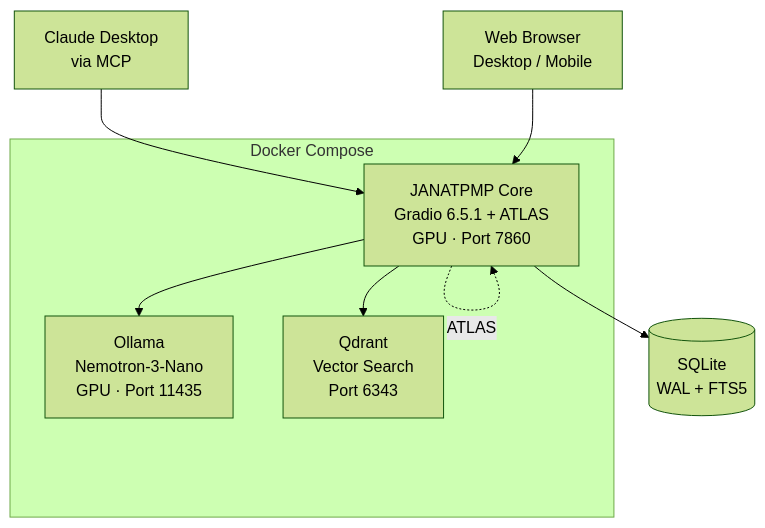
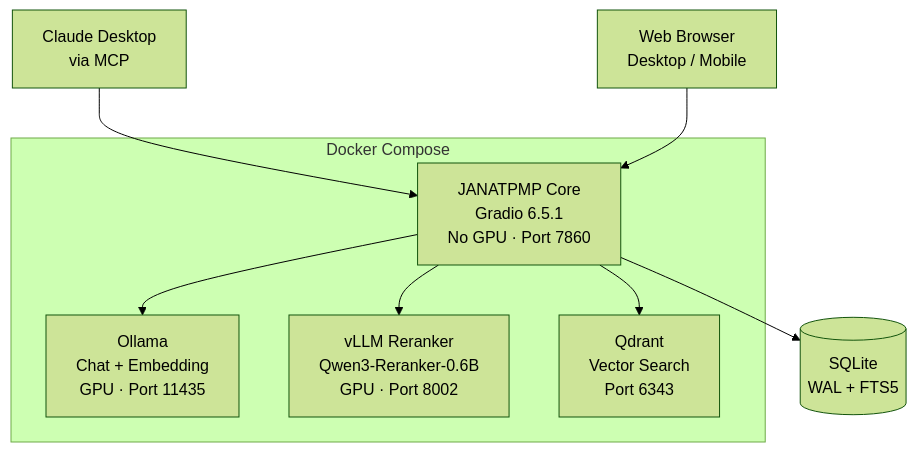
One commit to janat-llc/janatpmp changed the first of 2 diagrams in README.md. Above: the diagram before and after it, drawn with Mermaid (forest theme). The commit also changed other lines of this file, not shown here.

First line of the commit message:
Update README for R10 architecture — Ollama/vLLM sidecars, GPU-free core

````diff
--- a/README.md
+++ b/README.md
@@ -19,17 +19,18 @@
 ```mermaid
 graph TB
     subgraph Docker Compose
-        Core[JANATPMP Core<br/>Gradio 6.5.1 + ATLAS<br/>GPU · Port 7860]
-        Ollama[Ollama<br/>Nemotron-3-Nano<br/>GPU · Port 11435]
+        Core[JANATPMP Core<br/>Gradio 6.5.1<br/>No GPU · Port 7860]
+        Ollama[Ollama<br/>Chat + Embedding<br/>GPU · Port 11435]
+        vLLM[vLLM Reranker<br/>Qwen3-Reranker-0.6B<br/>GPU · Port 8002]
         Qdrant[Qdrant<br/>Vector Search<br/>Port 6343]
     end
 
     SQLite[(SQLite<br/>WAL + FTS5)]
     Core --> SQLite
     Core --> Ollama
+    Core --> vLLM
     Core --> Qdrant
-    Core -. ATLAS .-> Core
 
     Claude[Claude Desktop<br/>via MCP] --> Core
     Browser[Web Browser<br/>Desktop / Mobile] --> Core
 ```
````
